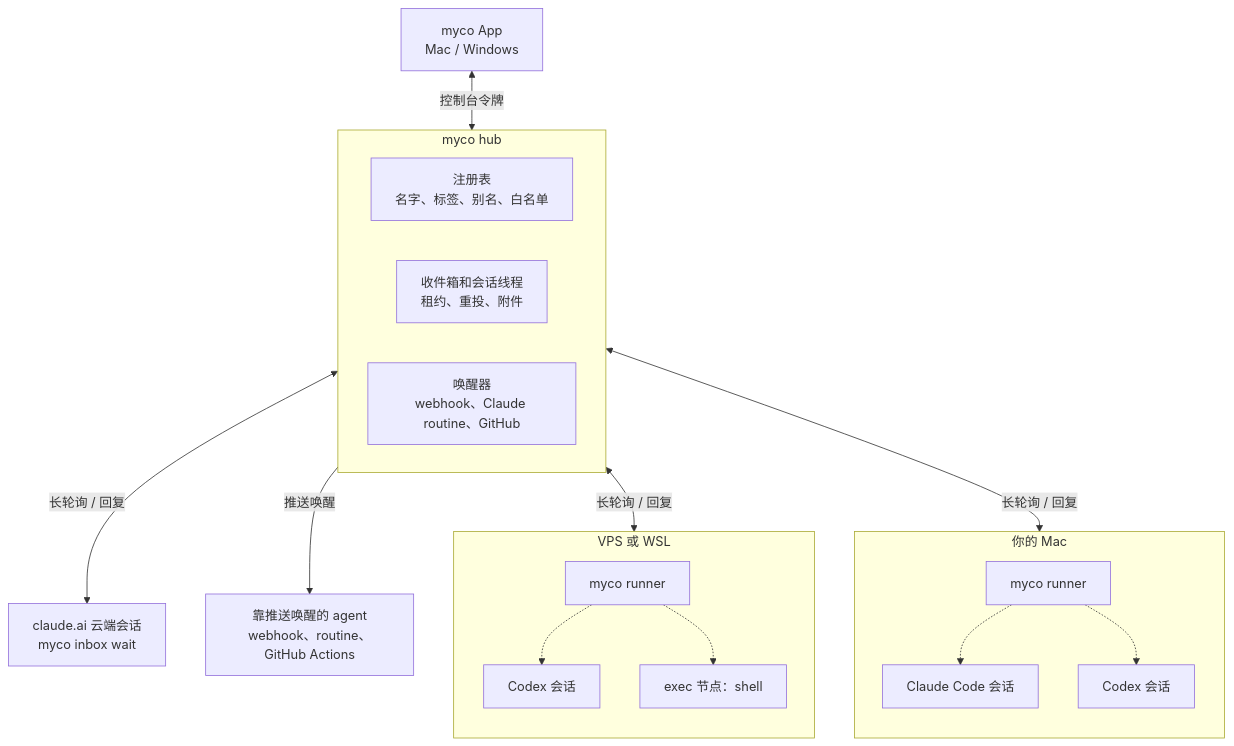
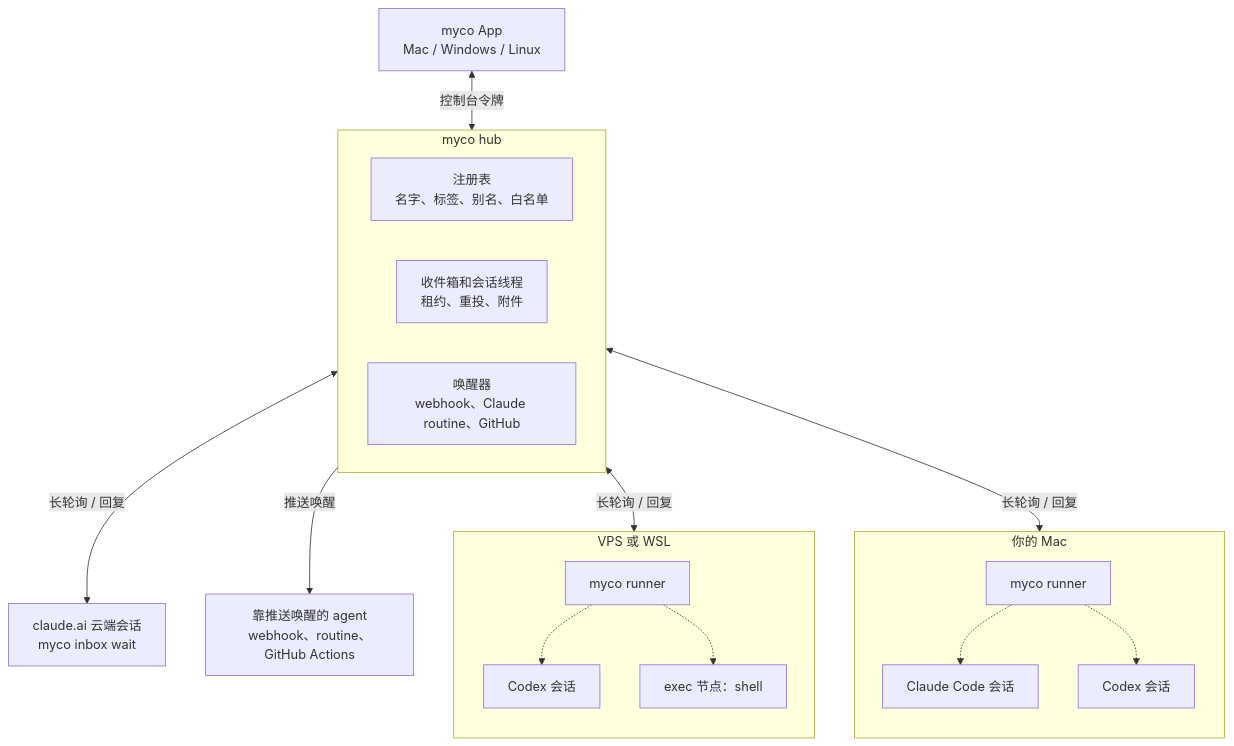
The first of 2 diagrams in README.zh-CN.md (chenhg5/myco), drawn with Mermaid before and after one commit. The commit also changed other lines of this file and 17 other files, not shown here.

First line of the commit message:
Linux App: opens in the browser

````diff
--- a/README.zh-CN.md
+++ b/README.zh-CN.md
@@ -225,32 +226,32 @@
 ```mermaid
 flowchart TB
   subgraph HUB["myco hub"]
     direction LR
     REG["注册表<br/>名字、标签、别名、白名单"]
     BOX["收件箱和会话线程<br/>租约、重投、附件"]
     WAKE["唤醒器<br/>webhook、Claude routine、GitHub"]
   end
 
   subgraph MAC["你的 Mac"]
     direction TB
     R1["myco runner"] -.-> S1["Claude Code 会话"]
     R1 -.-> S2["Codex 会话"]
   end
 
   CLOUD["claude.ai 云端会话<br/>myco inbox wait"]
 
   subgraph VPS["VPS 或 WSL"]
     direction TB
     R2["myco runner"] -.-> S3["Codex 会话"]
     R2 -.-> S4["exec 节点：shell"]
   end
 
-  UI["myco App<br/>Mac / Windows"]
+  UI["myco App<br/>Mac / Windows / Linux"]
   EXT["靠推送唤醒的 agent<br/>webhook、routine、GitHub Actions"]
 
   BOX <-->|"长轮询 / 回复"| R1
   BOX <-->|"长轮询 / 回复"| CLOUD
   BOX <-->|"长轮询 / 回复"| R2
   UI <-->|"控制台令牌"| REG
   WAKE -->|"推送唤醒"| EXT
 ```
````
